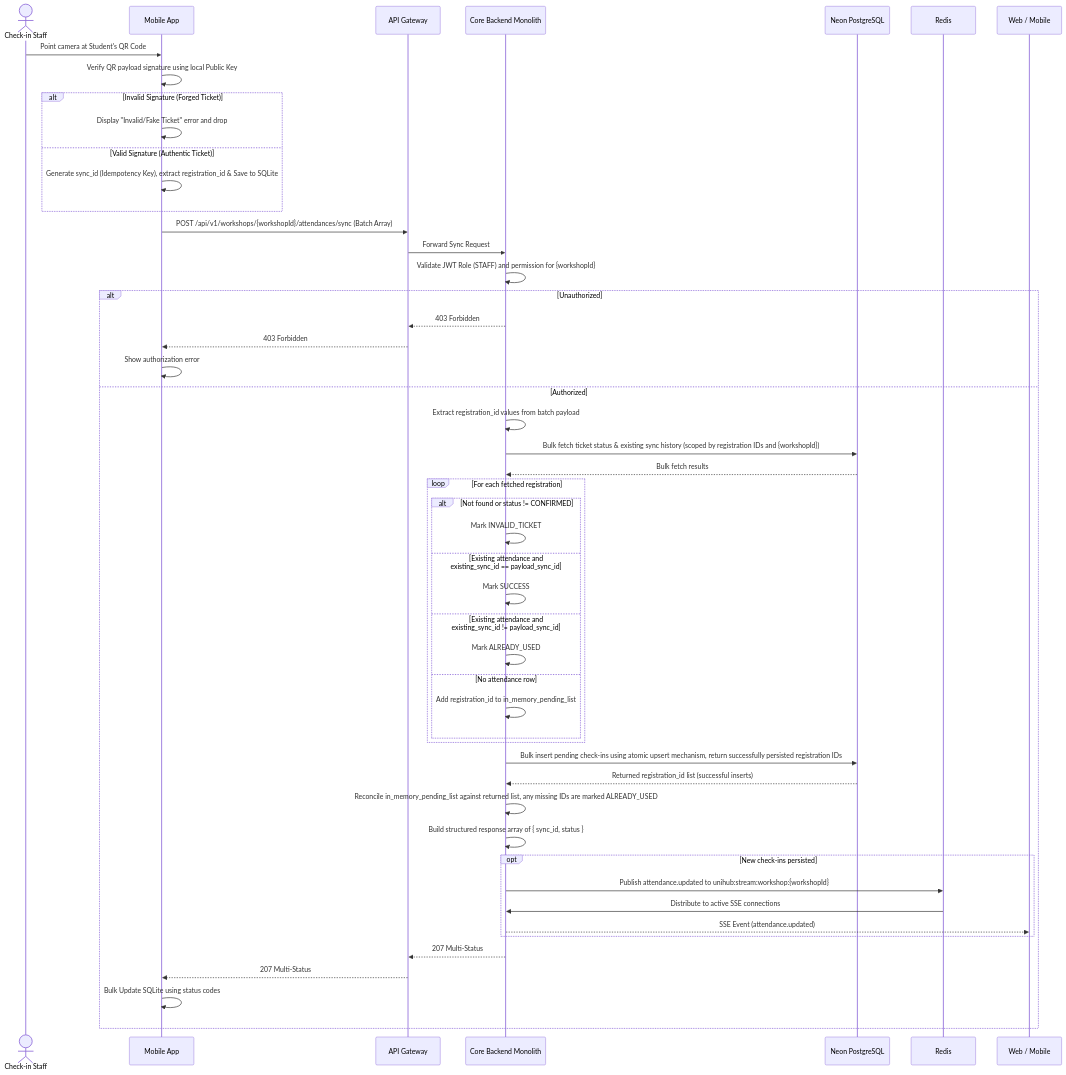
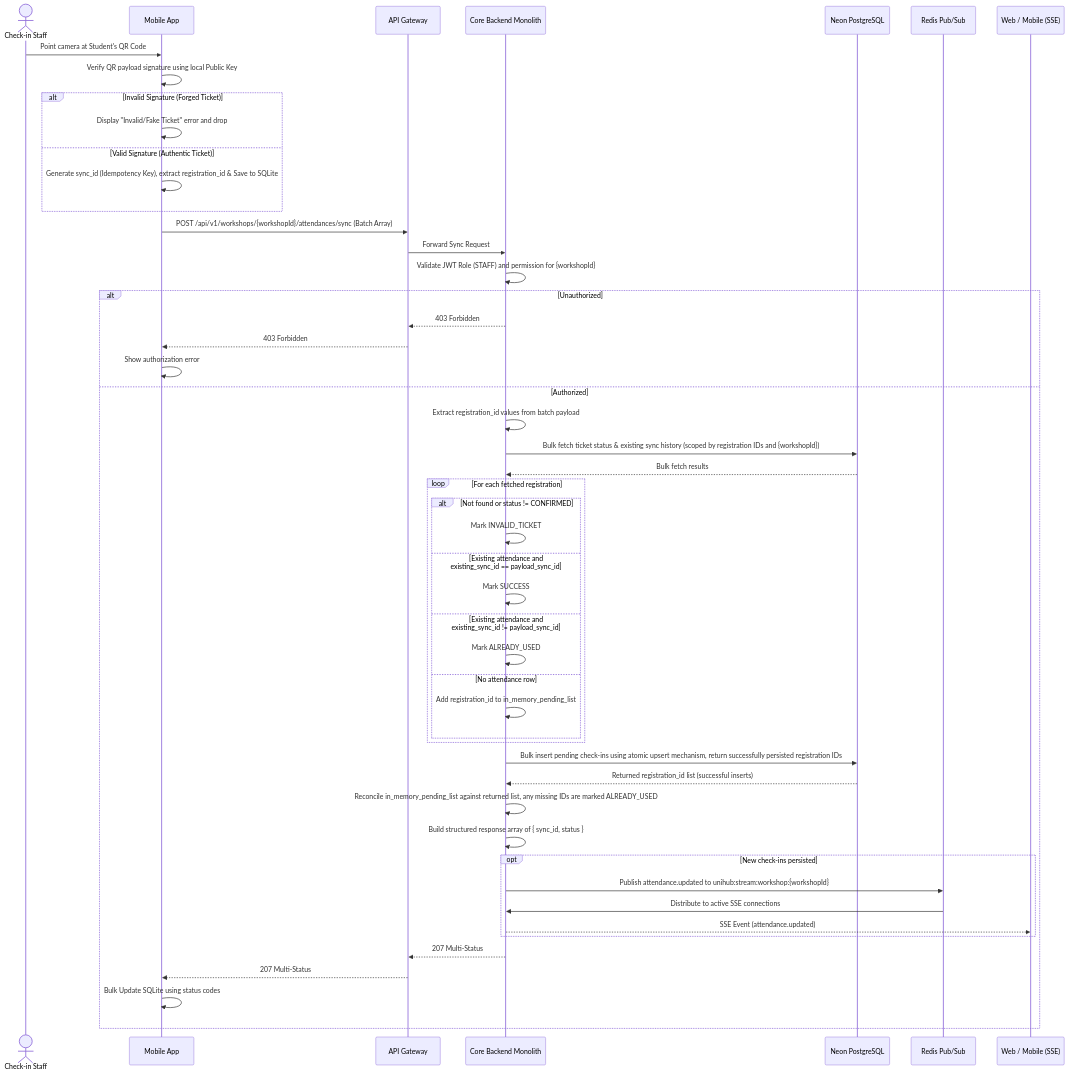
The fifth of 14 diagrams in docs/system-design.md (phatnguyen975/unihub-workshop), drawn with Mermaid before and after one commit. The commit also changed other lines of this file and 36 other files, not shown here.

````diff
--- a/docs/system-design.md
+++ b/docs/system-design.md
@@ -640,51 +661,53 @@
 ```mermaid
 sequenceDiagram
   actor Staff as Check-in Staff
   participant Mobile as Mobile App
   participant GW as API Gateway
   participant API as Core Backend Monolith
   participant DB as Neon PostgreSQL
+  participant Redis as Redis Pub/Sub
+  participant Client as Web / Mobile (SSE)
 
   Staff->>Mobile: Point camera at Student's QR Code
   Mobile->>Mobile: Verify QR payload signature using local Public Key
   alt Invalid Signature (Forged Ticket)
     Mobile->>Mobile: Display "Invalid/Fake Ticket" error and drop
   else Valid Signature (Authentic Ticket)
     Mobile->>Mobile: Generate sync_id (Idempotency Key), extract registration_id & Save to SQLite
   end
   Mobile->>GW: POST /api/v1/workshops/{workshopId}/attendances/sync (Batch Array)
   GW->>API: Forward Sync Request
   API->>API: Validate JWT Role (STAFF) and permission for {workshopId}
   alt Unauthorized
     API-->>GW: 403 Forbidden
     GW-->>Mobile: 403 Forbidden
     Mobile->>Mobile: Show authorization error
   else Authorized
     API->>API: Extract registration_id values from batch payload
     API->>DB: Bulk fetch ticket status & existing sync history (scoped by registration IDs and {workshopId})
     DB-->>API: Bulk fetch results
     loop For each fetched registration
       alt Not found or status != CONFIRMED
         API->>API: Mark INVALID_TICKET
       else Existing attendance and existing_sync_id == payload_sync_id
         API->>API: Mark SUCCESS
       else Existing attendance and existing_sync_id != payload_sync_id
         API->>API: Mark ALREADY_USED
       else No attendance row
         API->>API: Add registration_id to in_memory_pending_list
       end
     end
     API->>DB: Bulk insert pending check-ins using atomic upsert mechanism, return successfully persisted registration IDs
     DB-->>API: Returned registration_id list (successful inserts)
     API->>API: Reconcile in_memory_pending_list against returned list, any missing IDs are marked ALREADY_USED
     API->>API: Build structured response array of { sync_id, status }
     opt New check-ins persisted
       API->>Redis: Publish attendance.updated to unihub:stream:workshop:{workshopId}
       Redis->>API: Distribute to active SSE connections
-      API-->>Web / Mobile: SSE Event (attendance.updated)
+      API-->>Client: SSE Event (attendance.updated)
     end
     API-->>GW: 207 Multi-Status
     GW-->>Mobile: 207 Multi-Status
     Mobile->>Mobile: Bulk Update SQLite using status codes
   end
 ```
````
